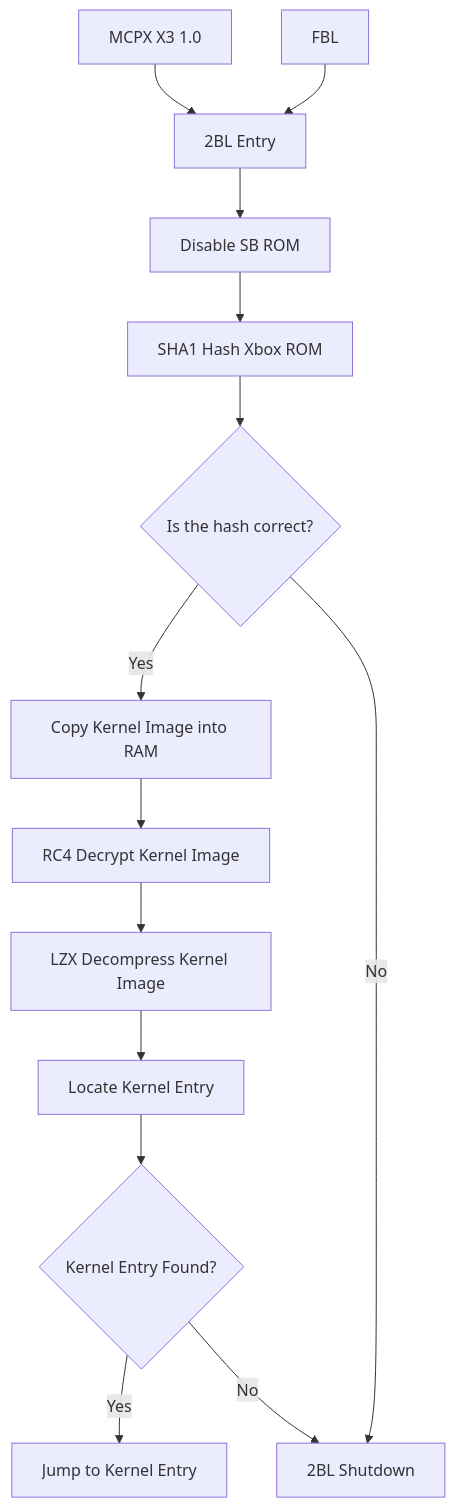
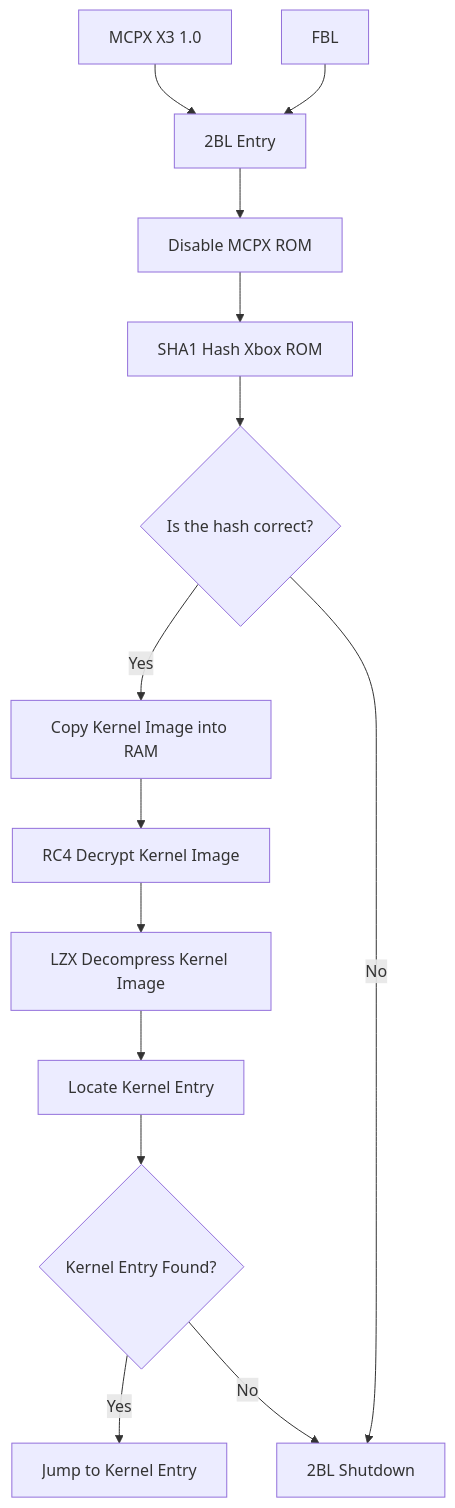
Before and after one commit to tommojphillips/XboxBiosTool: the diagram in boot_state_diagram_2bl.md, drawn with Mermaid.

````diff
--- a/boot_state_diagram_2bl.md
+++ b/boot_state_diagram_2bl.md
@@ -2,27 +2,27 @@
 ```mermaid
 flowchart TB
 
 MCPX_REV0[MCPX X3 1.0]-->2BL_ENTRY
 FBL[FBL]-->2BL_ENTRY
 
 2BL_ENTRY[2BL Entry]-->2BL_DISABLE_SB
-2BL_DISABLE_SB[Disable SB ROM]-->2BL_HASH_ROM
+2BL_DISABLE_SB[Disable MCPX ROM]-->2BL_HASH_ROM
 
 2BL_HASH_ROM[SHA1 Hash Xbox ROM]-->2BL_IS_HASH_CORRECT{Is the hash correct?}
 2BL_IS_HASH_CORRECT-->|Yes|2BL_COPY_KERNEL
 2BL_IS_HASH_CORRECT-->|No|2BL_SHUTDOWN
 
 2BL_COPY_KERNEL[Copy Kernel Image into RAM]-->2BL_DECRYPT_KERNEL
 2BL_DECRYPT_KERNEL[RC4 Decrypt Kernel Image]-->2BL_DECOMPRESS_KERNEL
 2BL_DECOMPRESS_KERNEL[LZX Decompress Kernel Image]-->2BL_FIND_KERNEL_ENTRY
 
 2BL_FIND_KERNEL_ENTRY[Locate Kernel Entry]-->2BL_IS_KERNEL_ENTRY_FOUND{Kernel Entry Found?}
 2BL_IS_KERNEL_ENTRY_FOUND-->|Yes|KERNEL_ENTRY
 2BL_IS_KERNEL_ENTRY_FOUND-->|No|2BL_SHUTDOWN
 
 2BL_SHUTDOWN[2BL Shutdown]
 KERNEL_ENTRY[Jump to Kernel Entry]
 
 click MCPX_REV0 "https://github.com/tommojphillips/XboxBiosTool/blob/master/boot_state_diagram_mcpx_rev0.md"
 click FBL "https://github.com/tommojphillips/XboxBiosTool/blob/master/boot_state_diagram_fbl.md"
 ```
````
